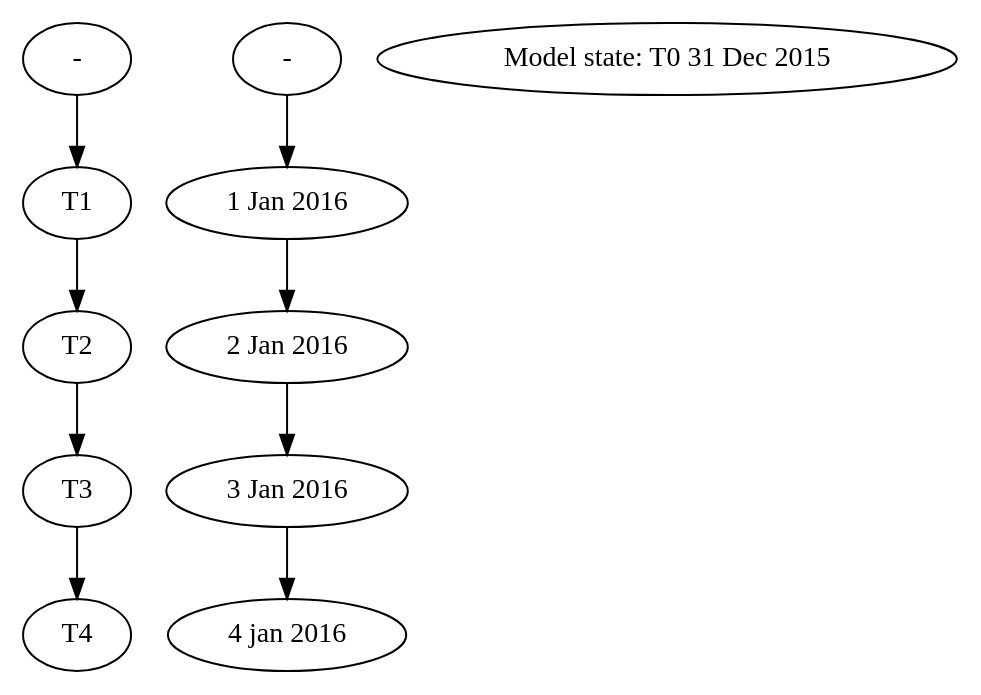
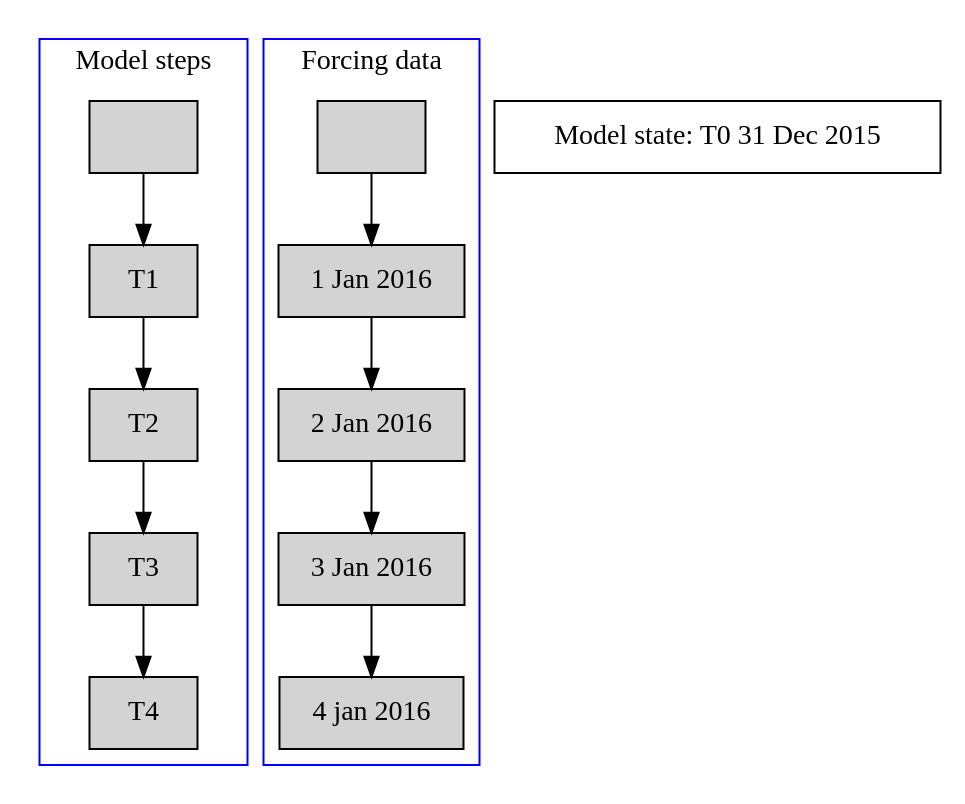
One commit to openstreams/wflow changed the first of 2 diagrams in doc/wf_DynamicFramework.rst. Above: the diagram before and after it, drawn with Graphviz. The commit also changed other lines of this file, not shown here.

```diff
--- a/doc/wf_DynamicFramework.rst
+++ b/doc/wf_DynamicFramework.rst
@@ -245,7 +268,24 @@
 .. graphviz::
 
-    digraph ttimesteps {
-        "- " -> "T1" -> "T2" -> "T3" -> "T4";
-        "-" ->"1 Jan 2016" -> "2 Jan 2016" -> "3 Jan 2016" -> "4 jan 2016";
+    digraph G {
+        node [shape=box]
+
+        subgraph cluster_1 {
+	    	node [style=filled];
+		    " "  -> T1 -> T2 -> T3 -> T4;
+		    label = "Model steps";
+		    color=blue
+	    }
+
+        subgraph cluster_2 {
+	    	node [style=filled];
+		    "  " ->"1 Jan 2016" -> "2 Jan 2016" -> "3 Jan 2016" -> "4 jan 2016";
+		    label = "Forcing data";
+		    color=blue
+	    }
+
+
         "Model state: T0 31 Dec 2015";
+
+
     }
```
